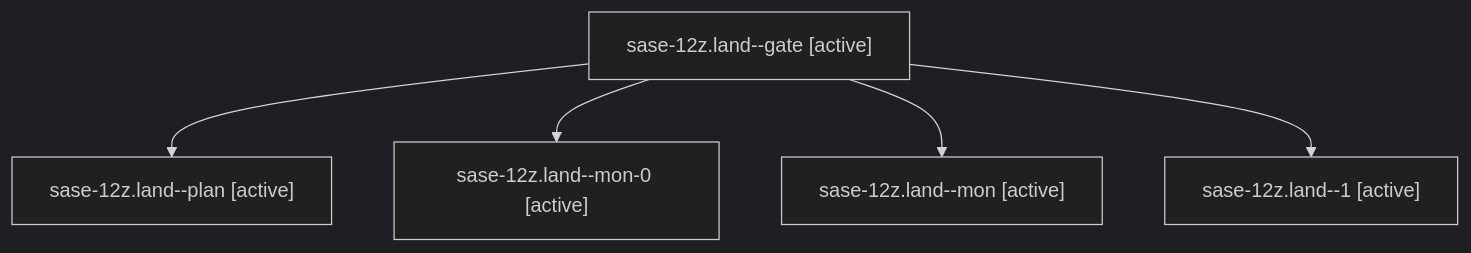
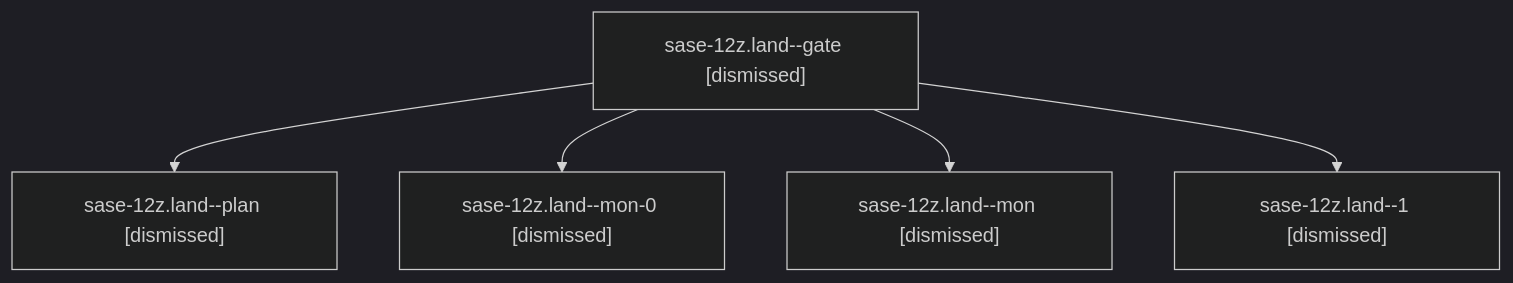
The diagram in sessions/bbugyi200.athena.sase-12z.land.md (sase-org/sase--agents), drawn with Mermaid (dark theme) before and after one commit. The commit also changed other lines of this file and 219 other files, not shown here.

````diff
--- a/sessions/bbugyi200.athena.sase-12z.land.md
+++ b/sessions/bbugyi200.athena.sase-12z.land.md
@@ -9,12 +9,12 @@
 ```mermaid
 flowchart TD
-  n0["sase-12z.land--gate [active]"]
-  n1["sase-12z.land--plan [active]"]
+  n0["sase-12z.land--gate [dismissed]"]
+  n1["sase-12z.land--plan [dismissed]"]
   n0 --> n1
-  n2["sase-12z.land--mon-0 [active]"]
+  n2["sase-12z.land--mon-0 [dismissed]"]
   n0 --> n2
-  n3["sase-12z.land--mon [active]"]
+  n3["sase-12z.land--mon [dismissed]"]
   n0 --> n3
-  n4["sase-12z.land--1 [active]"]
+  n4["sase-12z.land--1 [dismissed]"]
   n0 --> n4
 ```
````
